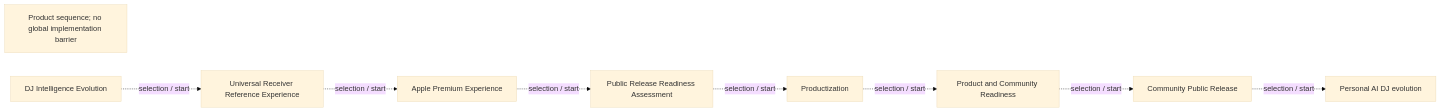
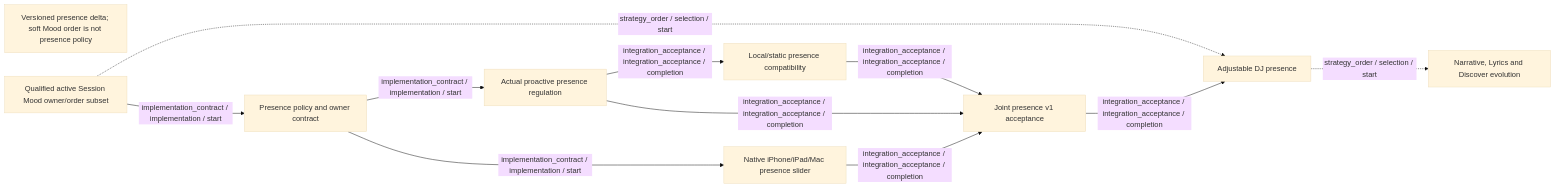
Before and after one commit to pcvantol/djconnect: the diagram in docs/roadmap/v1/diagrams/milestones.mmd, drawn with Mermaid (base theme). The commit also changed 62 other files, not shown here.

Commit message:
Record planned DJ presence design and versioned roadmap delta (#1148)

```diff
--- a/docs/roadmap/v1/diagrams/milestones.mmd
+++ b/docs/roadmap/v1/diagrams/milestones.mmd
@@ -1,17 +1,20 @@
 flowchart LR
-  note["Product sequence; no global implementation barrier"]
-  n15["DJ Intelligence Evolution"]
-  n17["Universal Receiver Reference Experience"]
-  n27["Apple Premium Experience"]
-  n29["Public Release Readiness Assessment"]
-  n31["Productization"]
-  n32["Product and Community Readiness"]
-  n33["Community Public Release"]
-  n35["Personal AI DJ evolution"]
-  n15 -.->|selection / start| n17
-  n17 -.->|selection / start| n27
-  n27 -.->|selection / start| n29
-  n29 -.->|selection / start| n31
-  n31 -.->|selection / start| n32
-  n32 -.->|selection / start| n33
-  n33 -.->|selection / start| n35
+  note["Versioned presence delta; soft Mood order is not presence policy"]
+  n207["Adjustable DJ presence"]
+  n44["Narrative, Lyrics and Discover evolution"]
+  n212["Joint presence v1 acceptance"]
+  n211["Local/static presence compatibility"]
+  n210["Native iPhone/iPad/Mac presence slider"]
+  n213["Qualified active Session Mood owner/order subset"]
+  n208["Presence policy and owner contract"]
+  n209["Actual proactive presence regulation"]
+  n208 -->|implementation_contract / implementation / start| n209
+  n208 -->|implementation_contract / implementation / start| n210
+  n209 -->|integration_acceptance / integration_acceptance / completion| n211
+  n209 -->|integration_acceptance / integration_acceptance / completion| n212
+  n210 -->|integration_acceptance / integration_acceptance / completion| n212
+  n211 -->|integration_acceptance / integration_acceptance / completion| n212
+  n212 -->|integration_acceptance / integration_acceptance / completion| n207
+  n213 -.->|strategy_order / selection / start| n207
+  n213 -->|implementation_contract / implementation / start| n208
+  n207 -.->|strategy_order / selection / start| n44
```
